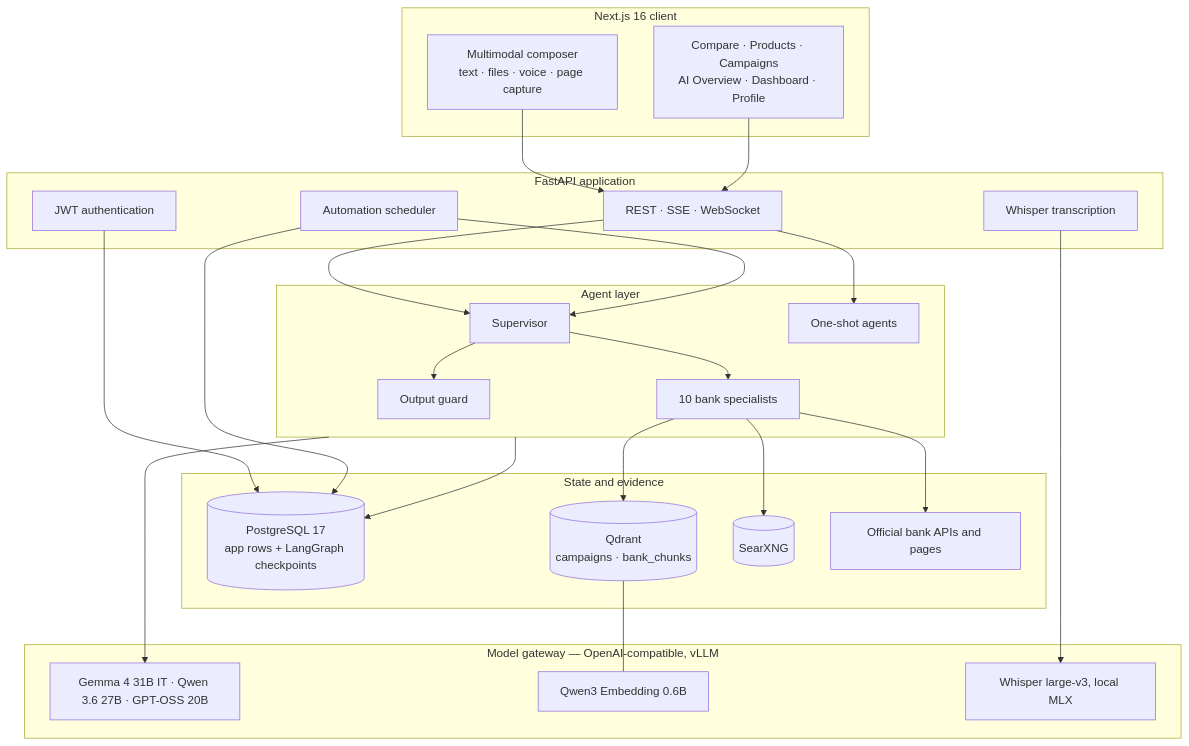
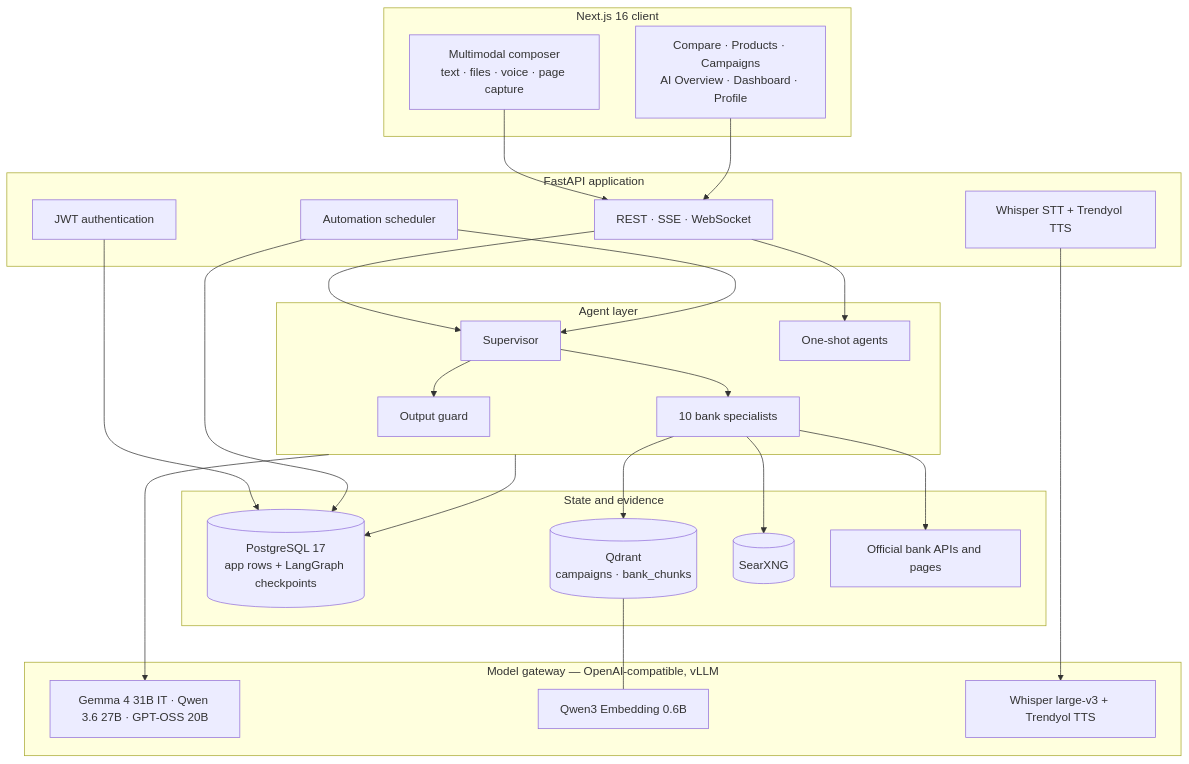
The fourth of 6 diagrams in README.md (Abdurrahman-Wahdan/TEKNOFEST2026-Yapay-Zeka-Dil-Ajanlari-Yarismasi-KERMITS), drawn with Mermaid before and after one commit. The commit also changed other lines of this file and 23 other files, not shown here.

First line of the commit message:
feat: Implement voice model providers with remote and local options

````diff
--- a/README.md
+++ b/README.md
@@ -249,47 +249,47 @@
 ```mermaid
 flowchart TB
     subgraph Client[Next.js 16 client]
         Pages["Compare · Products · Campaigns<br/>AI Overview · Dashboard · Profile"]
         Chat["Multimodal composer<br/>text · files · voice · page capture"]
     end
     subgraph Service[FastAPI application]
         Auth[JWT authentication]
         Routes[REST · SSE · WebSocket]
         Loop[Automation scheduler]
-        Voice[Whisper transcription]
+        Voice[Whisper STT + Trendyol TTS]
     end
     subgraph AgentLayer[Agent layer]
         SUP[Supervisor]
         SPEC[10 bank specialists]
         GUARD[Output guard]
         ONE[One-shot agents]
     end
     subgraph Stores[State and evidence]
         PG[("PostgreSQL 17<br/>app rows + LangGraph checkpoints")]
         QD[("Qdrant<br/>campaigns · bank_chunks")]
         SX[("SearXNG")]
         BANKAPI["Official bank APIs and pages"]
     end
     subgraph Models["Model gateway — OpenAI-compatible, vLLM"]
         CHAT["Gemma 4 31B IT · Qwen 3.6 27B · GPT-OSS 20B"]
         EMB["Qwen3 Embedding 0.6B"]
-        WSP["Whisper large-v3, local MLX"]
+        WSP["Whisper large-v3 + Trendyol TTS"]
     end
 
     Chat --> Routes
     Pages --> Routes
     Routes --> SUP
     Routes --> ONE
     Auth --> PG
     Loop --> PG
     Loop --> SUP
     Voice --> WSP
     SUP --> SPEC
     SUP --> GUARD
     SPEC --> BANKAPI
     SPEC --> QD
     SPEC --> SX
     AgentLayer --> PG
     AgentLayer --> CHAT
     QD --- EMB
 ```
````
